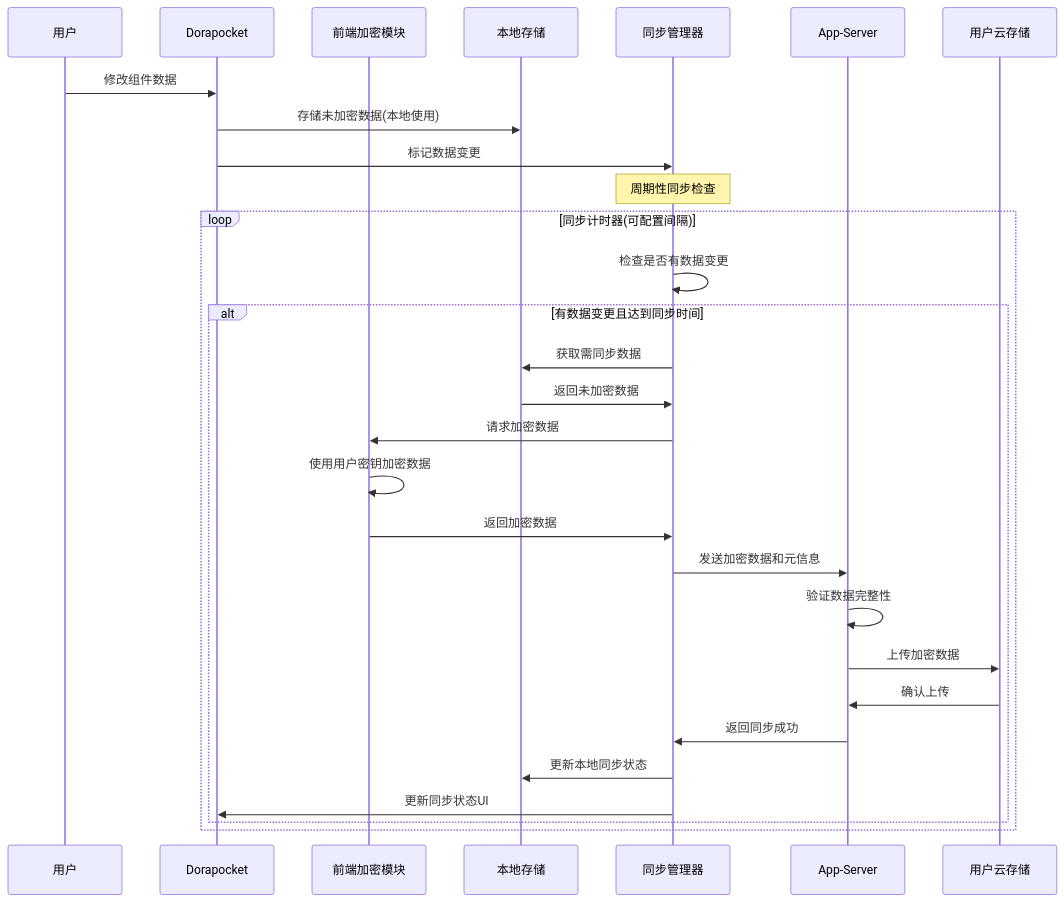
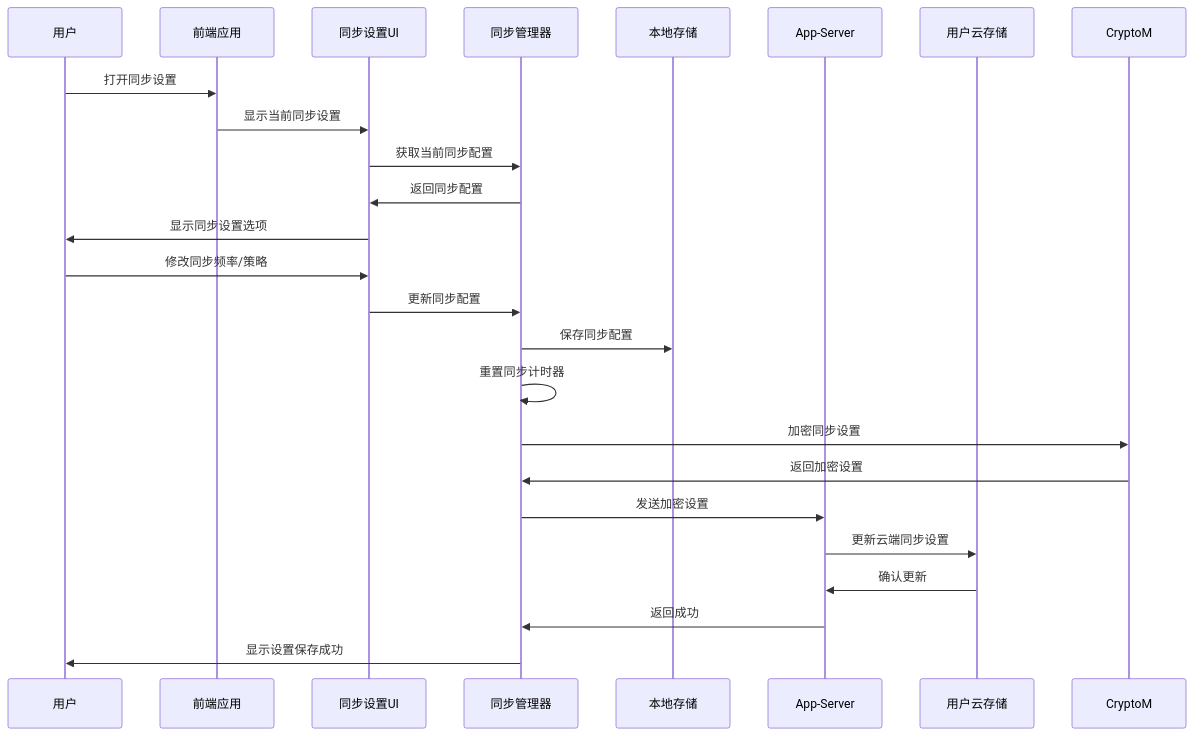
One commit to yingjianzh/iodraw-files changed the diagram in all/未命名-34.md. Above: the diagram before and after it, drawn with Mermaid.

Commit message:
2025-04-17 14:18:59 update

````diff
--- a/all/未命名-34.md
+++ b/all/未命名-34.md
@@ -1,35 +1,29 @@
 ```mermaid
 sequenceDiagram
     participant User as 用户
-    participant Frontend as Dorapocket
-    participant CryptoM as 前端加密模块
+    participant Frontend as 前端应用
+    participant SyncSettings as 同步设置UI
+    participant SyncM as 同步管理器
     participant LocalDB as 本地存储
-    participant SyncM as 同步管理器
     participant AppServer as App-Server
     participant UserCloud as 用户云存储
     
-    User->>Frontend: 修改组件数据
-    Frontend->>LocalDB: 存储未加密数据(本地使用)
-    Frontend->>SyncM: 标记数据变更
+    User->>Frontend: 打开同步设置
+    Frontend->>SyncSettings: 显示当前同步设置
+    SyncSettings->>SyncM: 获取当前同步配置
+    SyncM->>SyncSettings: 返回同步配置
+    SyncSettings->>User: 显示同步设置选项
     
-    note over SyncM: 周期性同步检查
+    User->>SyncSettings: 修改同步频率/策略
+    SyncSettings->>SyncM: 更新同步配置
+    SyncM->>LocalDB: 保存同步配置
+    SyncM->>SyncM: 重置同步计时器
     
-    loop 同步计时器(可配置间隔)
-        SyncM->>SyncM: 检查是否有数据变更
-        
-        alt 有数据变更且达到同步时间
-            SyncM->>LocalDB: 获取需同步数据
-            LocalDB->>SyncM: 返回未加密数据
-            SyncM->>CryptoM: 请求加密数据
-            CryptoM->>CryptoM: 使用用户密钥加密数据
-            CryptoM->>SyncM: 返回加密数据
-            SyncM->>AppServer: 发送加密数据和元信息
-            AppServer->>AppServer: 验证数据完整性
-            AppServer->>UserCloud: 上传加密数据
-            UserCloud->>AppServer: 确认上传
-            AppServer->>SyncM: 返回同步成功
-            SyncM->>LocalDB: 更新本地同步状态
-            SyncM->>Frontend: 更新同步状态UI
-        end
-    end
+    SyncM->>CryptoM: 加密同步设置
+    CryptoM->>SyncM: 返回加密设置
+    SyncM->>AppServer: 发送加密设置
+    AppServer->>UserCloud: 更新云端同步设置
+    UserCloud->>AppServer: 确认更新
+    AppServer->>SyncM: 返回成功
+    SyncM->>User: 显示设置保存成功
 ```
````
